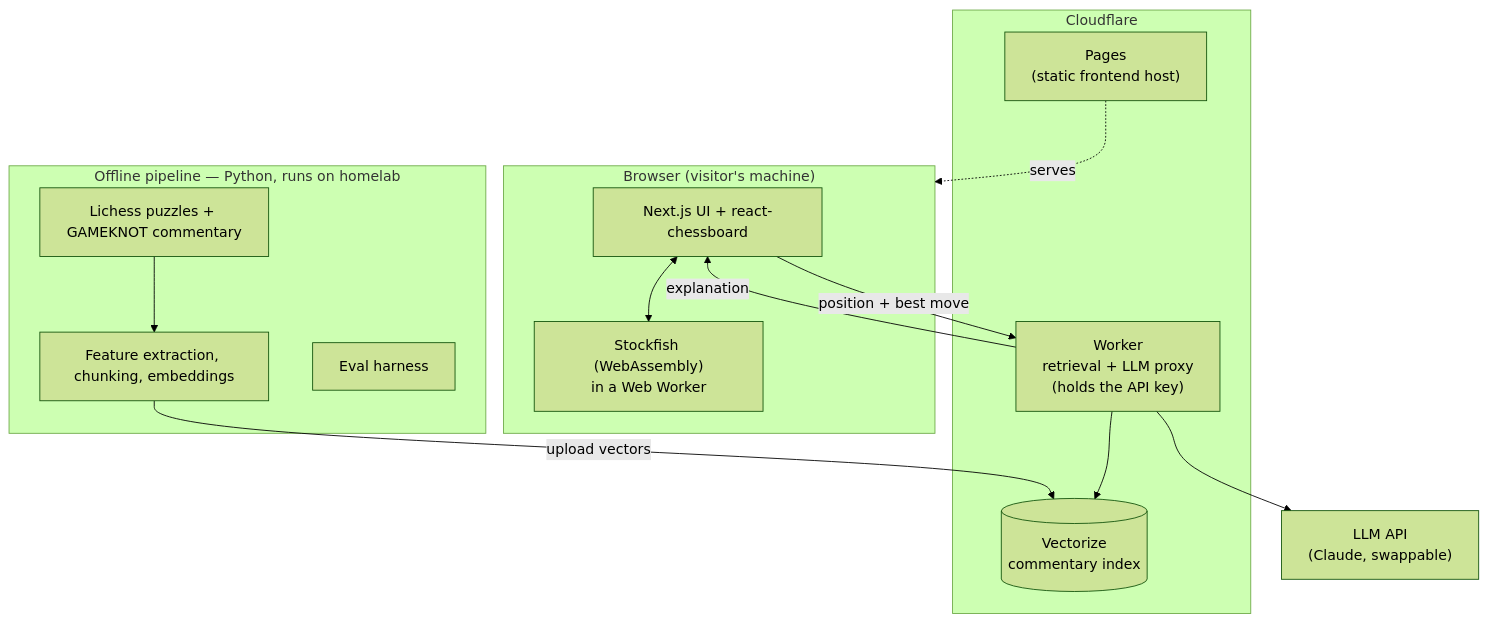
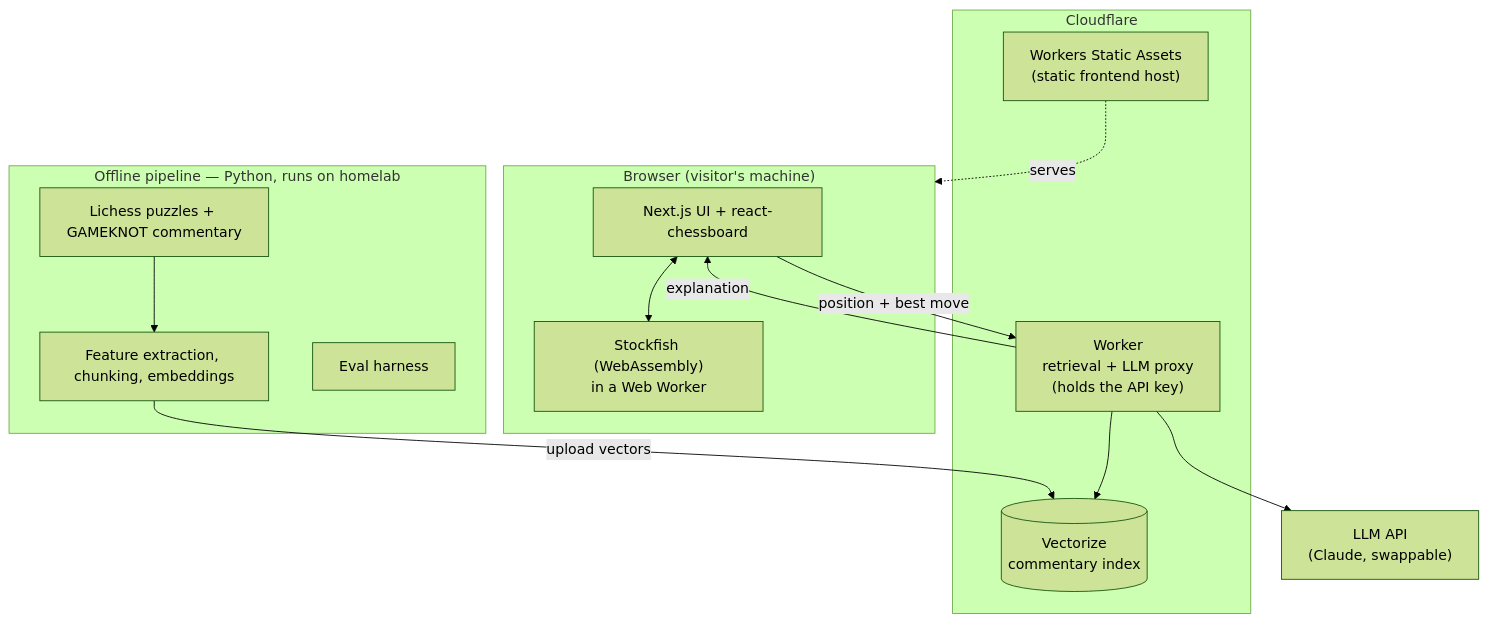
Before and after one commit to jianrontan/Chess: the diagram in README.md, drawn with Mermaid (forest theme). The commit also changed other lines of this file and 13 other files, not shown here.

````diff
--- a/README.md
+++ b/README.md
@@ -29,30 +29,30 @@
 ```mermaid
 flowchart TD
     subgraph Browser["Browser (visitor's machine)"]
         UI["Next.js UI + react-chessboard"]
         SF["Stockfish (WebAssembly)\nin a Web Worker"]
         UI <--> SF
     end
 
     subgraph CF["Cloudflare"]
-        Pages["Pages\n(static frontend host)"]
+        Pages["Workers Static Assets\n(static frontend host)"]
         Worker["Worker\nretrieval + LLM proxy\n(holds the API key)"]
         Vectorize[("Vectorize\ncommentary index")]
         Worker --> Vectorize
     end
 
     LLM["LLM API\n(Claude, swappable)"]
 
     subgraph Offline["Offline pipeline — Python, runs on homelab"]
         Data["Lichess puzzles + GAMEKNOT commentary"]
         Build["Feature extraction, chunking, embeddings"]
         Eval["Eval harness"]
         Data --> Build
     end
 
     Pages -. serves .-> Browser
     UI -- "position + best move" --> Worker
     Worker -- "explanation" --> UI
     Worker --> LLM
     Build -- "upload vectors" --> Vectorize
 ```
````
